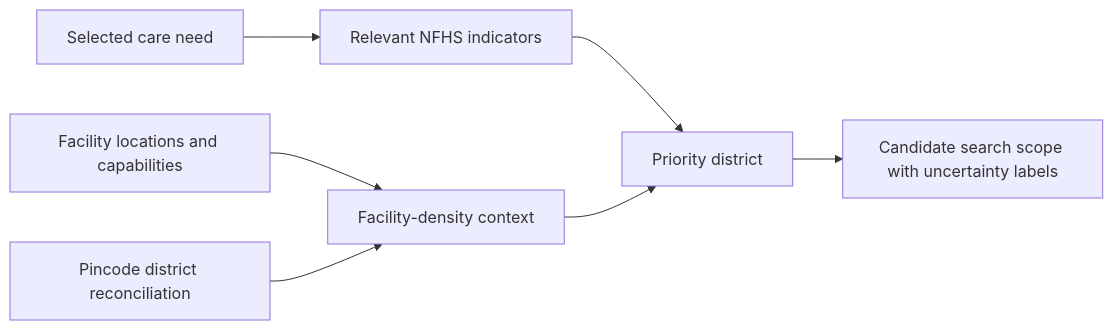
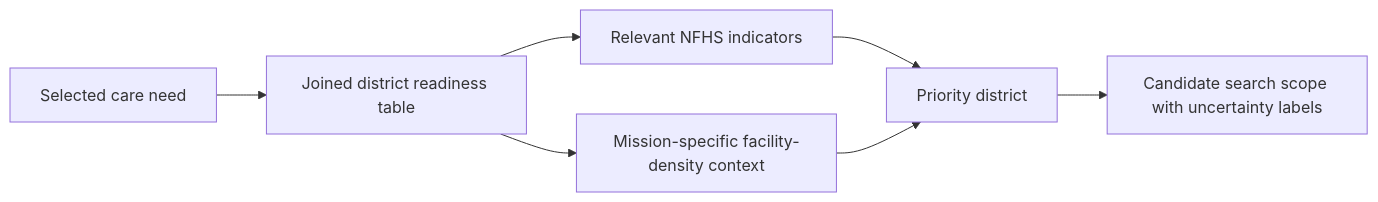
One commit to Pingying-Chen/DAIS-hackathon-2026 changed the third of 5 diagrams in README.md. Above: the diagram before and after it, drawn with Mermaid. The commit also changed other lines of this file and 11 other files, not shown here.

````diff
--- a/README.md
+++ b/README.md
@@ -118,9 +133,9 @@
 ```mermaid
 flowchart LR
-    mission["Selected care need"] --> indicators["Relevant NFHS indicators"]
-    facilities["Facility locations and capabilities"] --> density["Facility-density context"]
-    pincode["Pincode district reconciliation"] --> density
+    mission["Selected care need"] --> district_ready["Joined district readiness table"]
+    district_ready --> indicators["Relevant NFHS indicators"]
+    district_ready --> density["Mission-specific facility-density context"]
     indicators --> district["Priority district"]
     density --> district
     district --> scope["Candidate search scope with uncertainty labels"]
 ```
````
